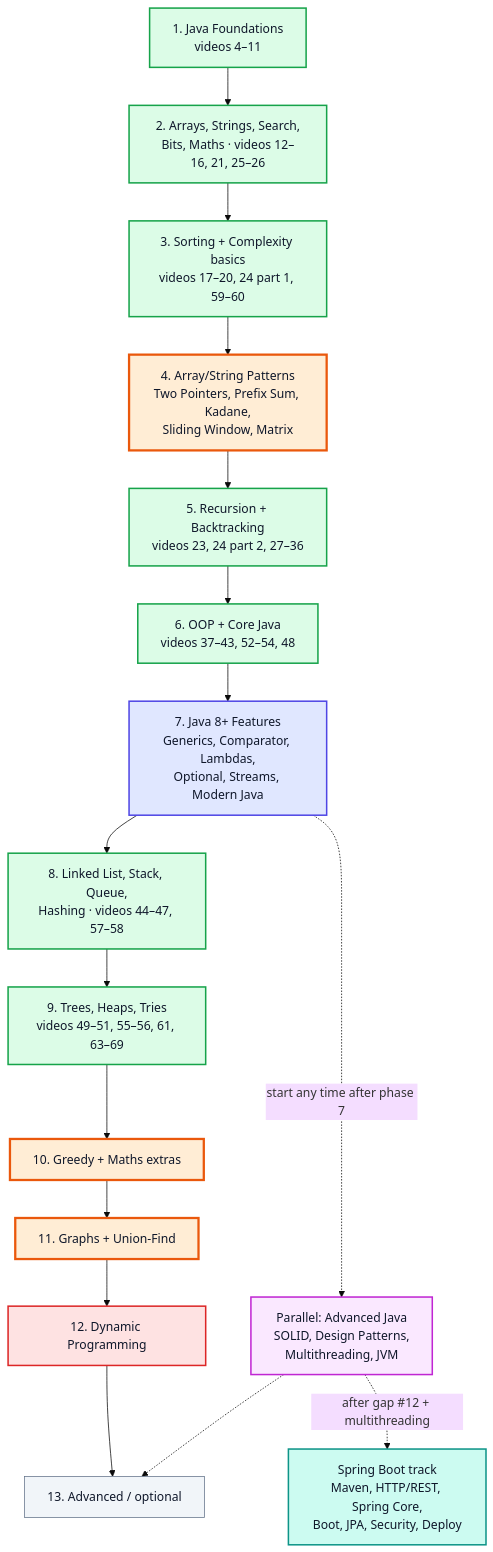
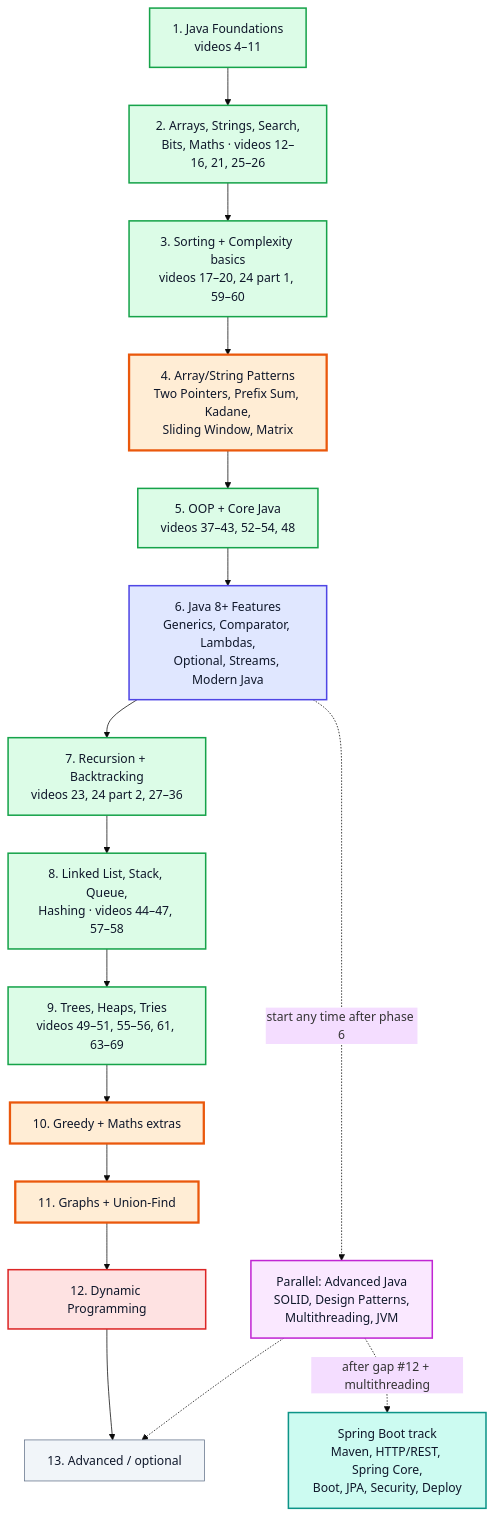
Before and after one commit to sarthakm10/Java_Notes_Kunal_DSA_PlayList: the first of 3 diagrams in java_dsa_study_roadmap.md, drawn with Mermaid (base theme). The commit also changed other lines of this file and 2 other files, not shown here.

Commit message:
changed roadmap

````diff
--- a/java_dsa_study_roadmap.md
+++ b/java_dsa_study_roadmap.md
@@ -50,25 +50,25 @@
 ```mermaid
 flowchart TD
     P1["1. Java Foundations<br/>videos 4–11"]:::good --> P2["2. Arrays, Strings, Search,<br/>Bits, Maths · videos 12–16, 21, 25–26"]:::good
     P2 --> P3["3. Sorting + Complexity basics<br/>videos 17–20, 24 part 1, 59–60"]:::good
     P3 --> P4["4. Array/String Patterns<br/>Two Pointers, Prefix Sum, Kadane,<br/>Sliding Window, Matrix"]:::highlight
-    P4 --> P5["5. Recursion + Backtracking<br/>videos 23, 24 part 2, 27–36"]:::good
-    P5 --> P6["6. OOP + Core Java<br/>videos 37–43, 52–54, 48"]:::good
-    P6 --> P7["7. Java 8+ Features<br/>Generics, Comparator, Lambdas,<br/>Optional, Streams, Modern Java"]:::process
+    P4 --> P5["5. OOP + Core Java<br/>videos 37–43, 52–54, 48"]:::good
+    P5 --> P6["6. Java 8+ Features<br/>Generics, Comparator, Lambdas,<br/>Optional, Streams, Modern Java"]:::process
+    P6 --> P7["7. Recursion + Backtracking<br/>videos 23, 24 part 2, 27–36"]:::good
     P7 --> P8["8. Linked List, Stack, Queue,<br/>Hashing · videos 44–47, 57–58"]:::good
     P8 --> P9["9. Trees, Heaps, Tries<br/>videos 49–51, 55–56, 61, 63–69"]:::good
     P9 --> P10["10. Greedy + Maths extras"]:::highlight
     P10 --> P11["11. Graphs + Union-Find"]:::highlight
     P11 --> P12["12. Dynamic Programming"]:::bad
     P12 --> P13["13. Advanced / optional"]:::muted
-    P7 -.->|"start any time after phase 7"| PJ["Parallel: Advanced Java<br/>SOLID, Design Patterns,<br/>Multithreading, JVM"]:::io
+    P6 -.->|"start any time after phase 6"| PJ["Parallel: Advanced Java<br/>SOLID, Design Patterns,<br/>Multithreading, JVM"]:::io
     PJ -.-> P13
     PJ -.->|"after gap #12 + multithreading"| PS["Spring Boot track<br/>Maven, HTTP/REST, Spring Core,<br/>Boot, JPA, Security, Deploy"]:::startend
     classDef startend fill:#ccfbf1,stroke:#0d9488,stroke-width:2px,color:#0f172a
     classDef good fill:#dcfce7,stroke:#16a34a,stroke-width:2px,color:#0f172a
     classDef highlight fill:#ffedd5,stroke:#ea580c,stroke-width:3px,color:#0f172a
     classDef process fill:#e0e7ff,stroke:#4f46e5,stroke-width:2px,color:#0f172a
     classDef bad fill:#fee2e2,stroke:#dc2626,stroke-width:2px,color:#0f172a
     classDef muted fill:#f1f5f9,stroke:#64748b,stroke-width:1px,color:#0f172a
     classDef io fill:#fae8ff,stroke:#c026d3,stroke-width:2px,color:#0f172a
 ```
````
